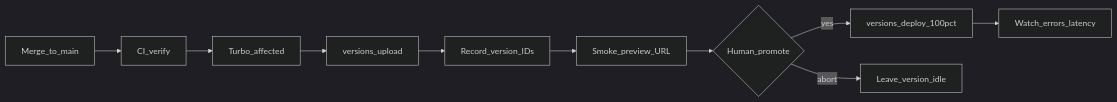
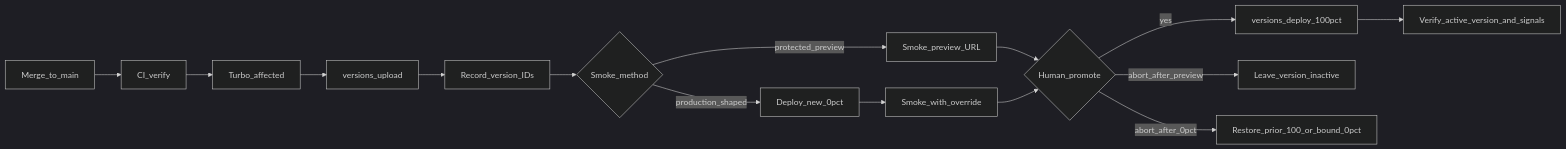
Before and after one commit to louisbrulenaudet/monorepo-template: the first of 2 diagrams in docs/cd-stage1-2-design.md, drawn with Mermaid (dark theme). The commit also changed other lines of this file and 3 other files, not shown here.

````diff
--- a/docs/cd-stage1-2-design.md
+++ b/docs/cd-stage1-2-design.md
@@ -43,12 +44,17 @@
 ```mermaid
 flowchart LR
   Merge[Merge_to_main] --> Verify[CI_verify]
   Verify --> Affected[Turbo_affected]
   Affected --> Upload[versions_upload]
   Upload --> Record[Record_version_IDs]
-  Record --> Smoke[Smoke_preview_URL]
-  Smoke --> Human{Human_promote}
+  Record --> Smoke{Smoke_method}
+  Smoke -->|protected_preview| Preview[Smoke_preview_URL]
+  Smoke -->|production_shaped| DeployZero[Deploy_new_0pct]
+  DeployZero --> Override[Smoke_with_override]
+  Preview --> Human{Human_promote}
+  Override --> Human
   Human -->|yes| Deploy100[versions_deploy_100pct]
-  Human -->|abort| Idle[Leave_version_idle]
-  Deploy100 --> Watch[Watch_errors_latency]
+  Human -->|abort_after_preview| Idle[Leave_version_inactive]
+  Human -->|abort_after_0pct| Restore[Restore_prior_100_or_bound_0pct]
+  Deploy100 --> VerifyActive[Verify_active_version_and_signals]
 ```
````
